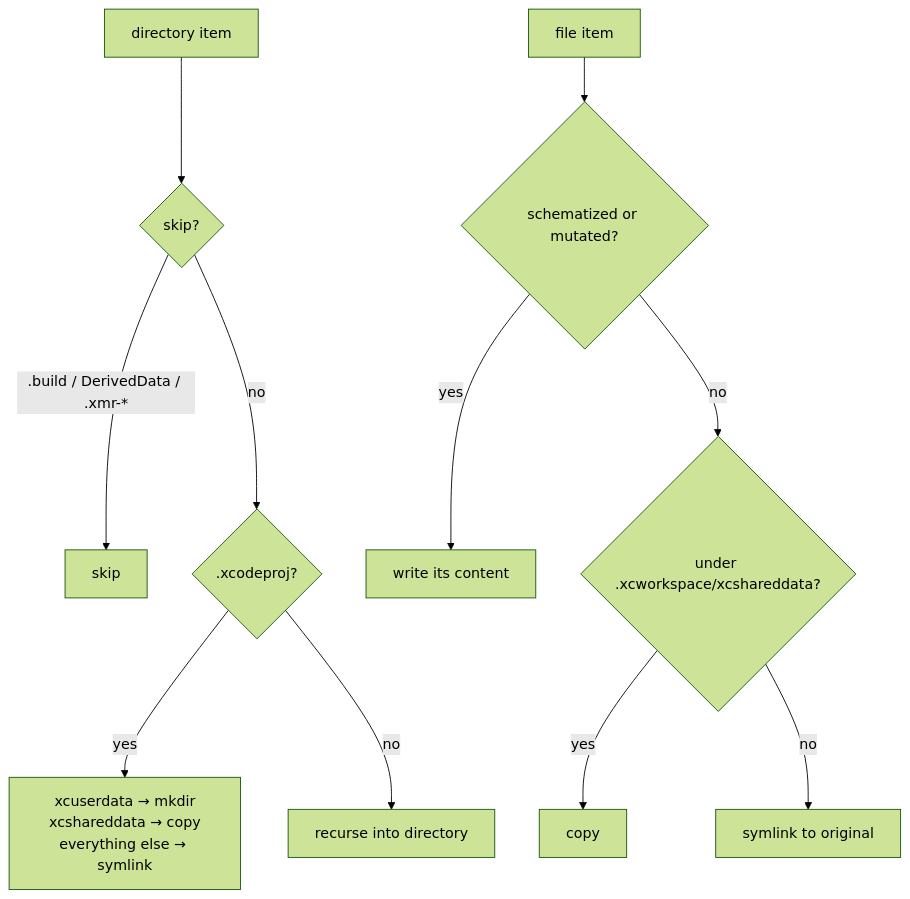
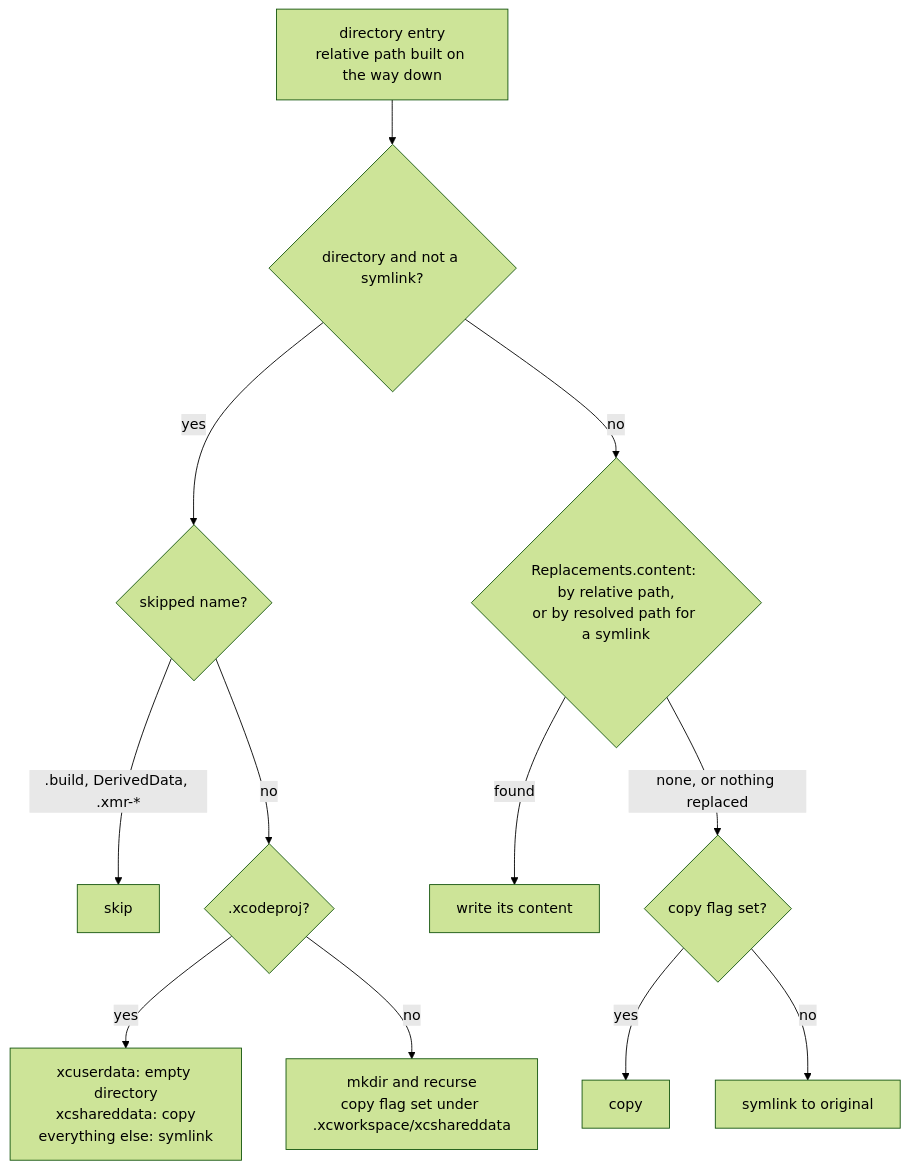
The first of 2 diagrams in Docs/CodeBase/06-sandbox-build.md (ericodx/swift-mutation-testing), drawn with Mermaid (forest theme) before and after one commit. The commit also changed other lines of this file and 2 other files, not shown here.

Commit message:
docs: bring the CodeBase pages for schematization, sandbox build and execution in line with the sources and fix their diagrams

````diff
--- a/Docs/CodeBase/06-sandbox-build.md
+++ b/Docs/CodeBase/06-sandbox-build.md
@@ -42,13 +51,14 @@
 ```mermaid
 flowchart TD
-    DIR[directory item] --> SKIP{skip?}
-    SKIP -- .build / DerivedData / .xmr-* --> DROP[skip]
-    SKIP -- no --> XCODEPROJ{.xcodeproj?}
-    XCODEPROJ -- yes --> PROJ[xcuserdata → mkdir\nxcshareddata → copy\neverything else → symlink]
-    XCODEPROJ -- no --> RECURSE[recurse into directory]
-    FILE[file item] --> REPLACED{schematized or mutated?}
-    REPLACED -- yes --> WRITE[write its content]
-    REPLACED -- no --> SHARED{under .xcworkspace/xcshareddata?}
-    SHARED -- yes --> COPY[copy]
-    SHARED -- no --> SYMLINK[symlink to original]
+    ITEM["directory entry<br>relative path built on the way down"] --> KIND{"directory and not a symlink?"}
+    KIND -- yes --> SKIP{"skipped name?"}
+    SKIP -- ".build, DerivedData, .xmr-*" --> DROP["skip"]
+    SKIP -- no --> XCODEPROJ{".xcodeproj?"}
+    XCODEPROJ -- yes --> PROJ["xcuserdata: empty directory<br>xcshareddata: copy<br>everything else: symlink"]
+    XCODEPROJ -- no --> RECURSE["mkdir and recurse<br>copy flag set under .xcworkspace/xcshareddata"]
+    KIND -- no --> REPLACED{"Replacements.content: by relative path,<br>or by resolved path for a symlink"}
+    REPLACED -- found --> WRITE["write its content"]
+    REPLACED -- "none, or nothing replaced" --> SHARED{"copy flag set?"}
+    SHARED -- yes --> COPY["copy"]
+    SHARED -- no --> SYMLINK["symlink to original"]
 ```
````
